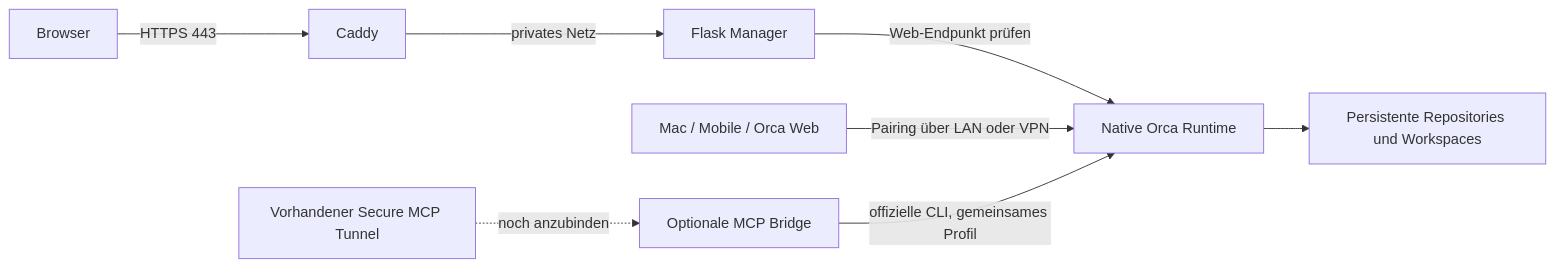
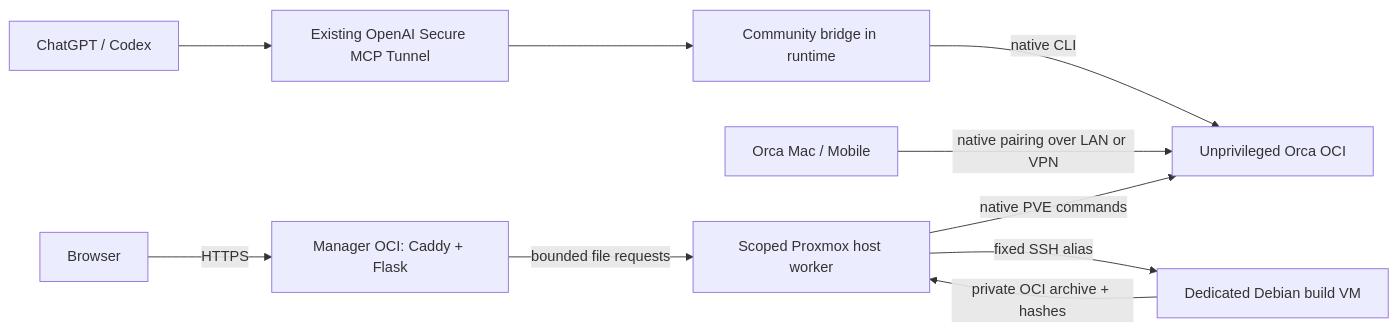
One commit to geco91/orca-server-manager changed the diagram in docs/ARCHITECTURE.md. Above: the diagram before and after it, drawn with Mermaid. The commit also changed other lines of this file and 60 other files, not shown here.

Commit message:
Prepare English manager and native Proxmox OCI pilot

````diff
--- a/docs/ARCHITECTURE.md
+++ b/docs/ARCHITECTURE.md
@@ -8,10 +6,12 @@
 ```mermaid
 flowchart LR
-  Browser -->|HTTPS 443| Caddy
-  Caddy -->|privates Netz| Manager[Flask Manager]
-  Manager -->|Web-Endpunkt prüfen| Orcad[Native Orca Runtime]
-  Clients[Mac / Mobile / Orca Web] -->|Pairing über LAN oder VPN| Orcad
-  Tunnel[Vorhandener Secure MCP Tunnel] -. noch anzubinden .-> Bridge[Optionale MCP Bridge]
-  Bridge -->|offizielle CLI, gemeinsames Profil| Orcad
-  Orcad --> Workspaces[Persistente Repositories und Workspaces]
+  Browser -->|HTTPS| Manager[Manager OCI: Caddy + Flask]
+  Manager -->|bounded file requests| Worker[Scoped Proxmox host worker]
+  Worker -->|native PVE commands| Runtime[Unprivileged Orca OCI]
+  Worker -->|fixed SSH alias| Builder[Dedicated Debian build VM]
+  Builder -->|private OCI archive + hashes| Worker
+  Client[Orca Mac / Mobile] -->|native pairing over LAN or VPN| Runtime
+  Coordinator[ChatGPT / Codex] --> Tunnel[Existing OpenAI Secure MCP Tunnel]
+  Tunnel --> Bridge[Community bridge in runtime]
+  Bridge -->|native CLI| Runtime
 ```
````
